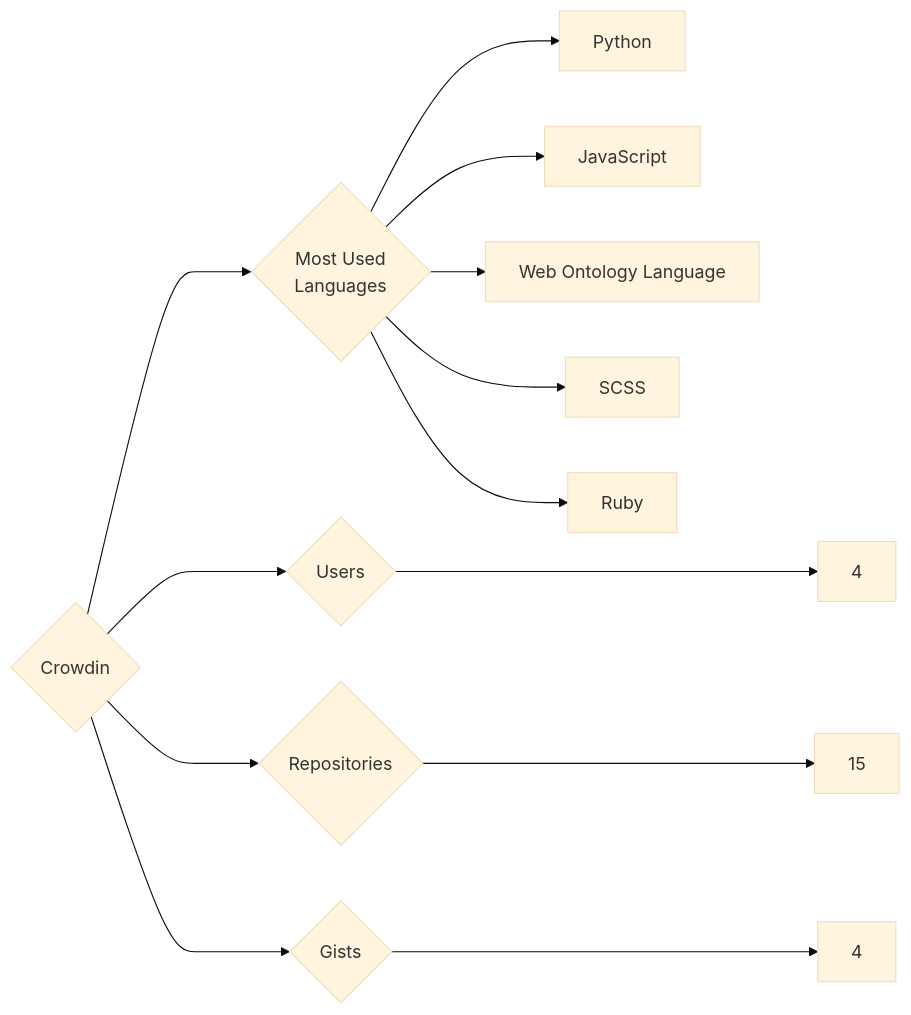
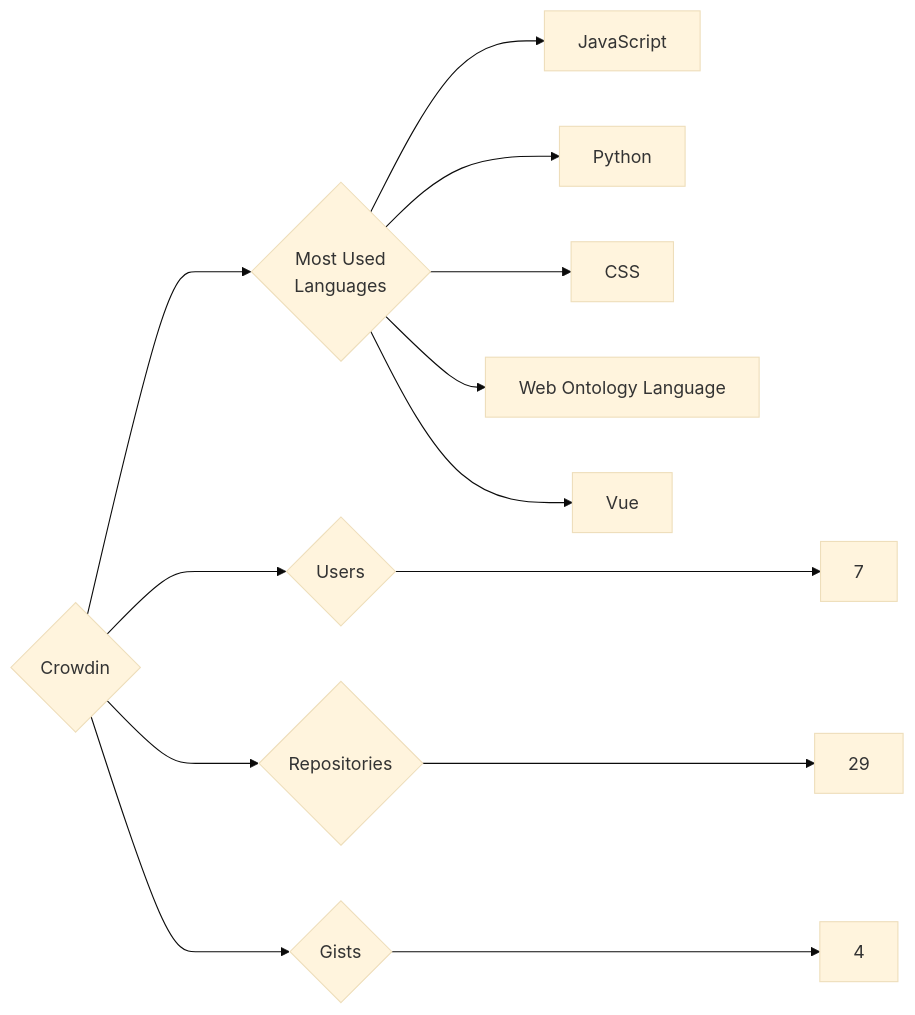
Before and after one commit to trickest/insiders: the diagram in targets/Crowdin/README.md, drawn with Mermaid (base theme). The commit also changed 840 other files, not shown here.

````diff
--- a/targets/Crowdin/README.md
+++ b/targets/Crowdin/README.md
@@ -3,13 +3,13 @@
 ```mermaid
 graph LR
 COMPANY_NAME{Crowdin}
-COMPANY_NAME ---> U{Users} ---> UN[4]
-COMPANY_NAME ---> R{Repositories} ---> RN[15]
+COMPANY_NAME ---> U{Users} ---> UN[7]
+COMPANY_NAME ---> R{Repositories} ---> RN[29]
 COMPANY_NAME ---> G{Gists} ---> GN[4]
 COMPANY_NAME ---> ML{Most Used<br>Languages}
+ML --> JavaScript[JavaScript]
 ML --> Python[Python]
-ML --> JavaScript[JavaScript]
+ML --> CSS[CSS]
 ML --> Web_Ontology_Language[Web Ontology Language]
-ML --> SCSS[SCSS]
-ML --> Ruby[Ruby]
+ML --> Vue[Vue]
 ```
````
